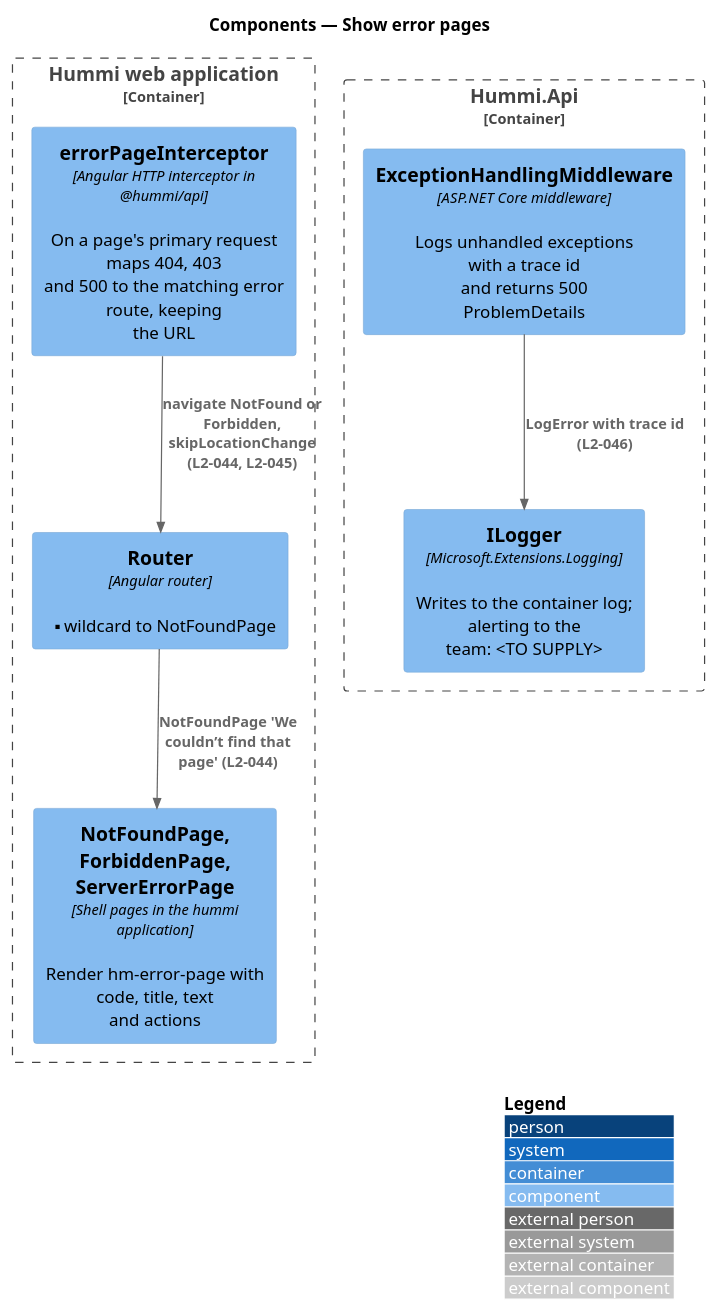
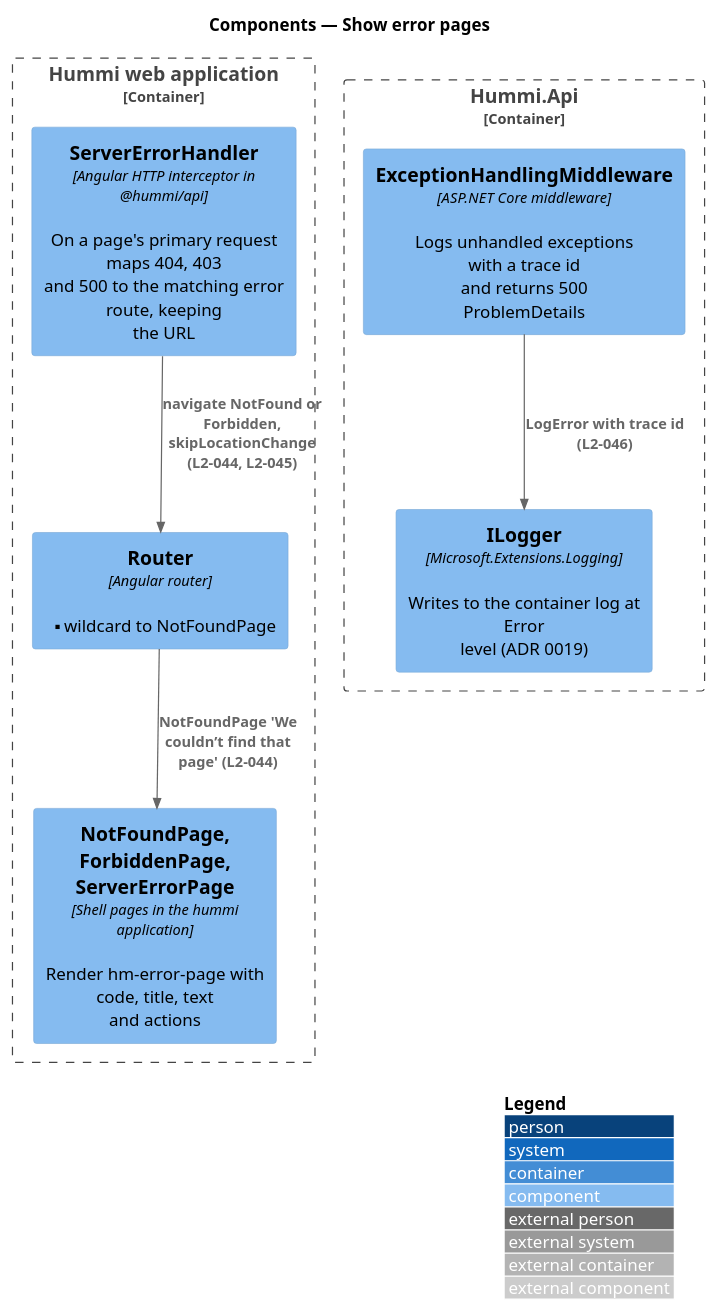
The diagram in docs/detailed-designs/system-feedback/show-error-pages/diagrams/c4-component.puml (QuinntyneBrown/hummi), drawn with PlantUML before and after one commit. The commit also changed 35 other files, not shown here.

First line of the commit message:
Get clear feedback: banners, Server error, modal dialogs and the remaining feedback tests

```diff
--- a/docs/detailed-designs/system-feedback/show-error-pages/diagrams/c4-component.puml
+++ b/docs/detailed-designs/system-feedback/show-error-pages/diagrams/c4-component.puml
@@ -1,18 +1,18 @@
 @startuml
 !include <C4/C4_Component>
 LAYOUT_WITH_LEGEND()
 title Components — Show error pages
 
 Container_Boundary(spa, "Hummi web application") {
-  Component(int, "errorPageInterceptor", "Angular HTTP interceptor in @hummi/api", "On a page's primary request maps 404, 403\nand 500 to the matching error route, keeping\nthe URL")
+  Component(int, "ServerErrorHandler", "Angular HTTP interceptor in @hummi/api", "On a page's primary request maps 404, 403\nand 500 to the matching error route, keeping\nthe URL")
   Component(router, "Router", "Angular router", "** wildcard to NotFoundPage")
   Component(pages, "NotFoundPage, ForbiddenPage, ServerErrorPage", "Shell pages in the hummi application", "Render hm-error-page with code, title, text\nand actions")
 }
 Container_Boundary(api, "Hummi.Api") {
   Component(mw, "ExceptionHandlingMiddleware", "ASP.NET Core middleware", "Logs unhandled exceptions with a trace id\nand returns 500 ProblemDetails")
-  Component(log, "ILogger", "Microsoft.Extensions.Logging", "Writes to the container log; alerting to the\nteam: <TO SUPPLY>")
+  Component(log, "ILogger", "Microsoft.Extensions.Logging", "Writes to the container log at Error\nlevel (ADR 0019)")
 }
 Rel(router, pages, "NotFoundPage 'We couldn’t find that\npage' (L2-044)")
 Rel(int, router, "navigate NotFound or Forbidden,\nskipLocationChange (L2-044, L2-045)")
 Rel(mw, log, "LogError with trace id (L2-046)")
 @enduml
```
